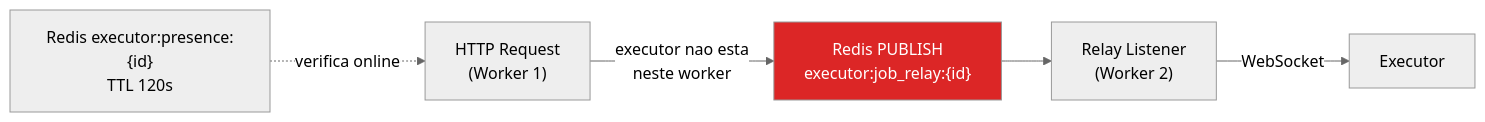
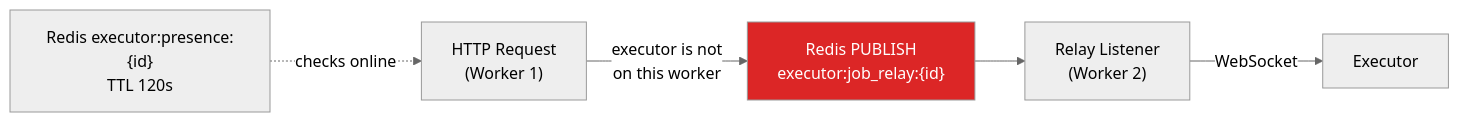
Before and after one commit to jlanio/atlans: the seventh of 15 diagrams in docs/architecture.md, drawn with Mermaid (neutral theme). The commit also changed other lines of this file and 41 other files, not shown here.

````diff
--- a/docs/architecture.md
+++ b/docs/architecture.md
@@ -682,10 +683,10 @@
 ```mermaid
 flowchart LR
-    REQ["HTTP Request<br/>(Worker 1)"] -->|"executor nao esta<br/>neste worker"| REDIS_PUB["Redis PUBLISH<br/>executor:job_relay:{id}"]
+    REQ["HTTP Request<br/>(Worker 1)"] -->|"executor is not<br/>on this worker"| REDIS_PUB["Redis PUBLISH<br/>executor:job_relay:{id}"]
     REDIS_PUB --> RELAY["Relay Listener<br/>(Worker 2)"]
     RELAY -->|"WebSocket"| AGENT["Executor"]
 
-    PRESENCE["Redis executor:presence:{id}<br/>TTL 120s"] -.->|"verifica online"| REQ
+    PRESENCE["Redis executor:presence:{id}<br/>TTL 120s"] -.->|"checks online"| REQ
 
     style REDIS_PUB fill:#dc2626,color:#fff
 ```
````
